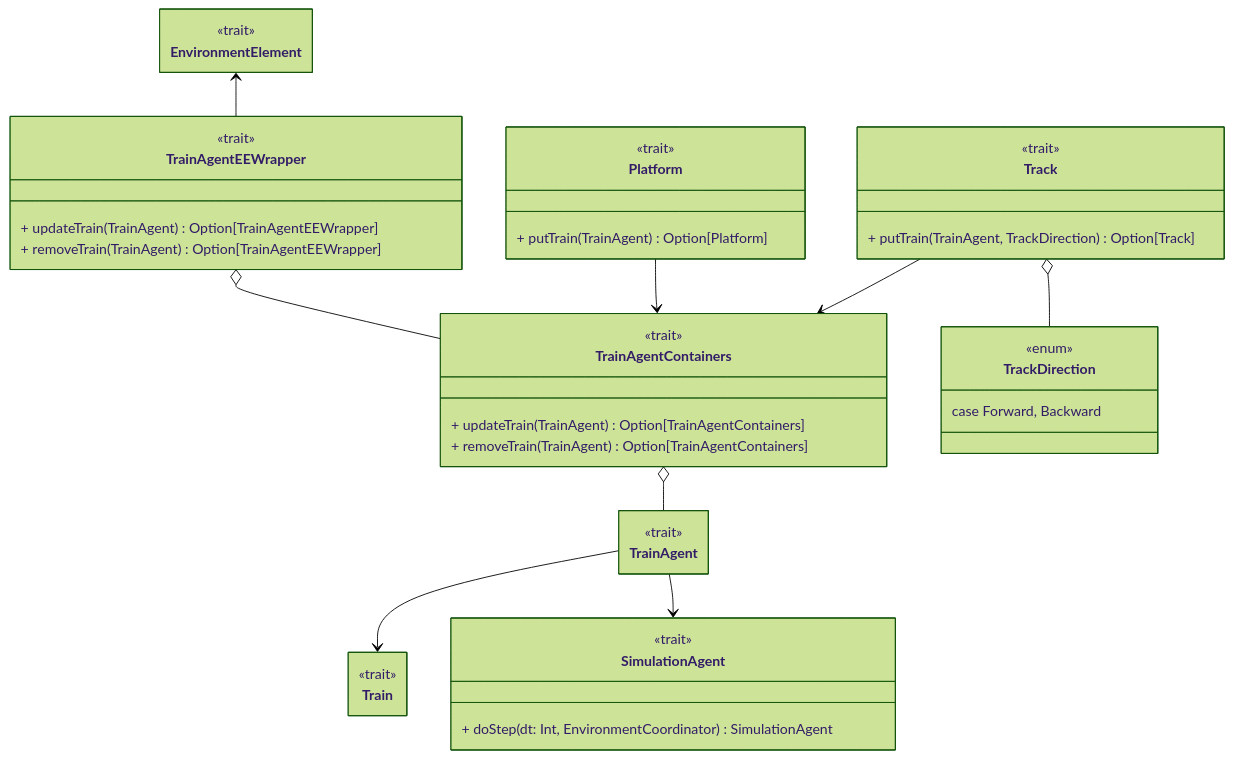
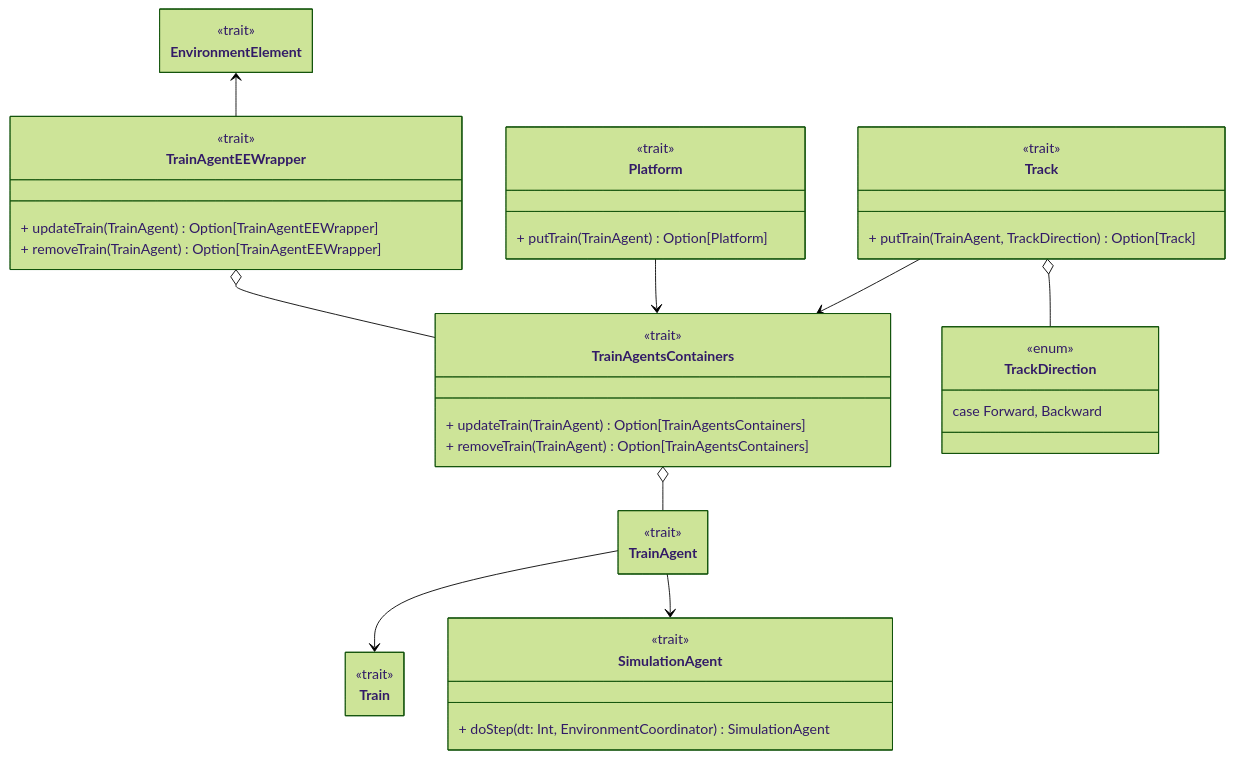
Diagram 13 of 20 in docs/report/4-details-design.md (dev-pps/pps-23-ulisse), drawn with Mermaid (forest theme) before and after one commit. The commit also changed other lines of this file and 9 other files, not shown here.

````diff
--- a/docs/report/4-details-design.md
+++ b/docs/report/4-details-design.md
@@ -692,51 +657,51 @@
 ```mermaid
 ---
 config:
     class:
         hideEmptyMembersBox: true
 ---
 classDiagram
     direction TB
     class EnvironmentElement
     class TrainAgentEEWrapper {
         + updateTrain(TrainAgent) Option[TrainAgentEEWrapper]
         + removeTrain(TrainAgent) Option[TrainAgentEEWrapper]
     }
-    class TrainAgentContainers {
-        + updateTrain(TrainAgent) Option[TrainAgentContainers]
-        + removeTrain(TrainAgent) Option[TrainAgentContainers]
+    class TrainAgentsContainers {
+        + updateTrain(TrainAgent) Option[TrainAgentsContainers]
+        + removeTrain(TrainAgent) Option[TrainAgentsContainers]
     }
 
     class TrainAgent
     class SimulationAgent {
         + doStep(dt: Int, EnvironmentCoordinator) SimulationAgent
     }
     class Train
     class Platform {
         + putTrain(TrainAgent) Option[Platform]
     }
     class TrackDirection {
         case Forward, Backward
     }
     <<enum>> TrackDirection
     class Track {
         + putTrain(TrainAgent, TrackDirection) Option[Track]
     }
 
     <<trait>> EnvironmentElement
     <<trait>> TrainAgentEEWrapper
-    <<trait>> TrainAgentContainers
+    <<trait>> TrainAgentsContainers
     <<trait>> TrainAgent
     <<trait>> SimulationAgent
     <<trait>> Train
     <<trait>> Platform
     <<trait>> Track
     EnvironmentElement <-- TrainAgentEEWrapper
-    TrainAgentEEWrapper o-- TrainAgentContainers
+    TrainAgentEEWrapper o-- TrainAgentsContainers
     TrainAgent --> SimulationAgent
     TrainAgent --> Train
-    TrainAgentContainers o-- TrainAgent
+    TrainAgentsContainers o-- TrainAgent
     Track o-- TrackDirection
-    Track --> TrainAgentContainers
-    Platform --> TrainAgentContainers
+    Track --> TrainAgentsContainers
+    Platform --> TrainAgentsContainers
 ```
````
